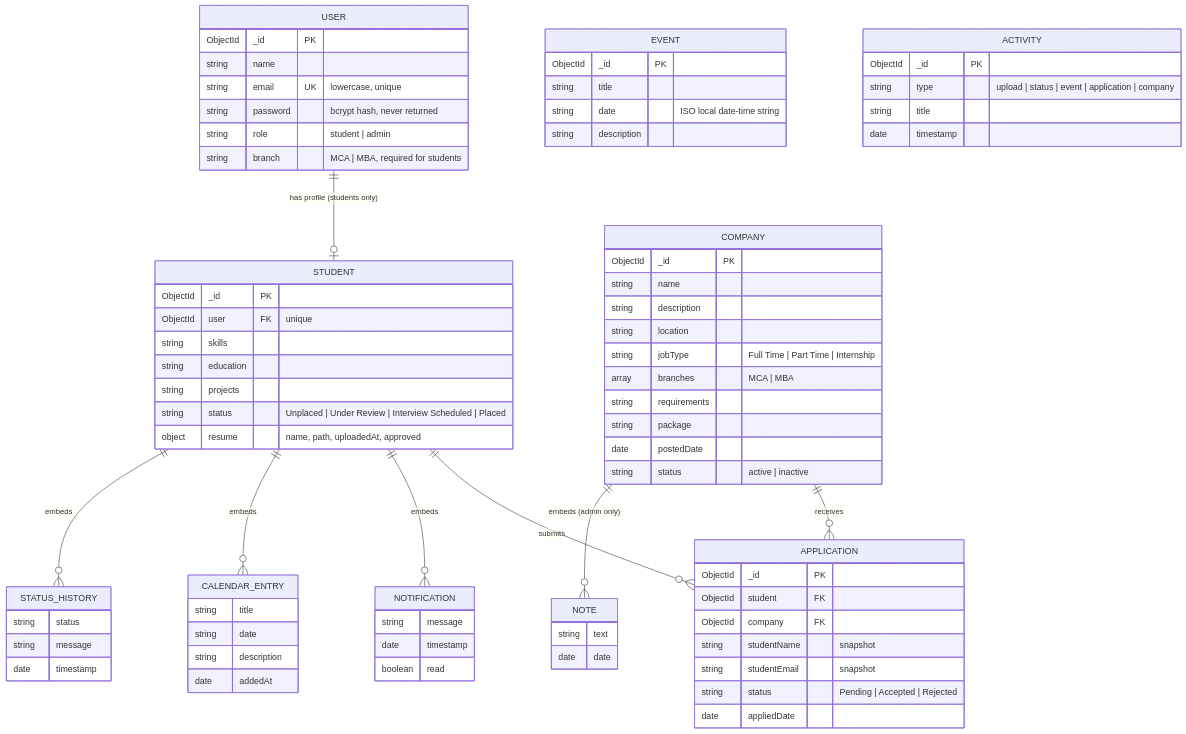
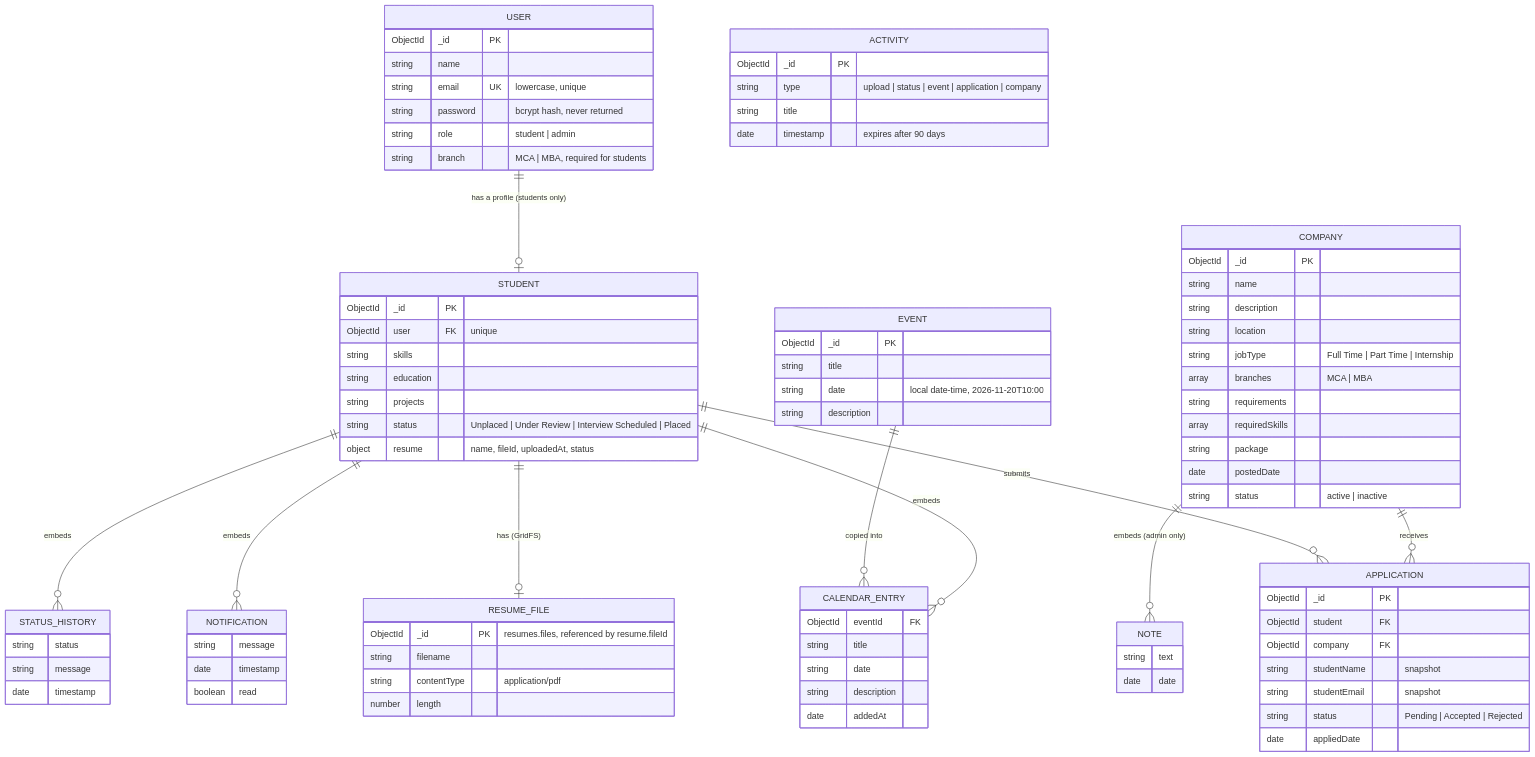
One commit to UmairBasharti/placement-management-system changed the diagram in docs/DATABASE.md. Above: the diagram before and after it, drawn with Mermaid. The commit also changed other lines of this file and 7 other files, not shown here.

````diff
--- a/docs/DATABASE.md
+++ b/docs/DATABASE.md
@@ -7,11 +7,13 @@
 ```mermaid
 erDiagram
-    USER ||--o| STUDENT : "has profile (students only)"
+    USER ||--o| STUDENT : "has a profile (students only)"
     STUDENT ||--o{ APPLICATION : submits
     COMPANY ||--o{ APPLICATION : receives
-    STUDENT ||--o{ NOTIFICATION : "embeds"
-    STUDENT ||--o{ CALENDAR_ENTRY : "embeds"
-    STUDENT ||--o{ STATUS_HISTORY : "embeds"
+    STUDENT ||--o| RESUME_FILE : "has (GridFS)"
+    EVENT ||--o{ CALENDAR_ENTRY : "copied into"
+    STUDENT ||--o{ CALENDAR_ENTRY : embeds
+    STUDENT ||--o{ NOTIFICATION : embeds
+    STUDENT ||--o{ STATUS_HISTORY : embeds
     COMPANY ||--o{ NOTE : "embeds (admin only)"
 
     USER {
@@ -29,7 +31,13 @@
         string education
         string projects
         string status "Unplaced | Under Review | Interview Scheduled | Placed"
-        object resume "name, path, uploadedAt, approved"
+        object resume "name, fileId, uploadedAt, status"
+    }
+    RESUME_FILE {
+        ObjectId _id PK "resumes.files, referenced by resume.fileId"
+        string filename
+        string contentType "application/pdf"
+        number length
     }
     COMPANY {
         ObjectId _id PK
@@ -39,6 +47,7 @@
         string jobType "Full Time | Part Time | Internship"
         array branches "MCA | MBA"
         string requirements
+        array requiredSkills
         string package
         date postedDate
         string status "active | inactive"
@@ -55,14 +64,14 @@
     EVENT {
         ObjectId _id PK
         string title
-        string date "ISO local date-time string"
+        string date "local date-time, 2026-11-20T10:00"
         string description
     }
     ACTIVITY {
         ObjectId _id PK
         string type "upload | status | event | application | company"
         string title
-        date timestamp
+        date timestamp "expires after 90 days"
     }
     NOTIFICATION {
         string message
@@ -70,6 +79,7 @@
         boolean read
     }
     CALENDAR_ENTRY {
+        ObjectId eventId FK
         string title
         string date
         string description
````
